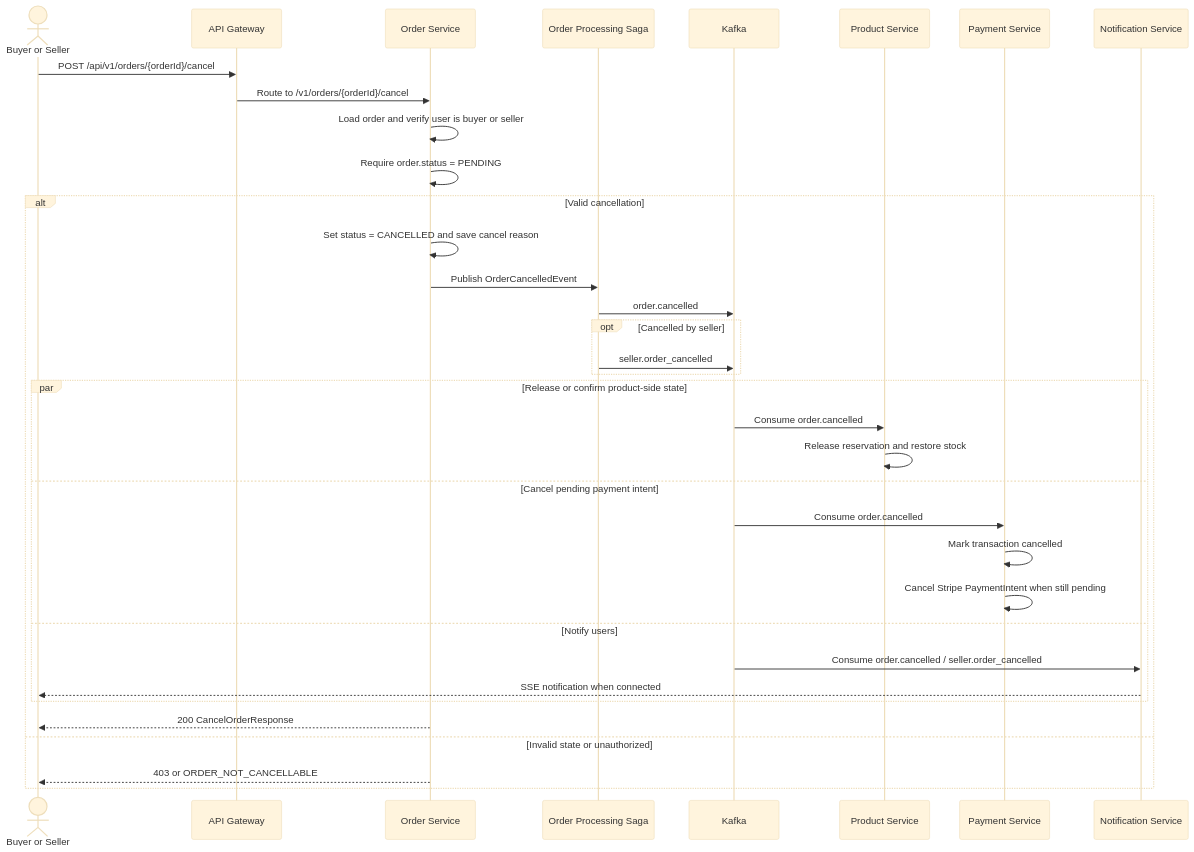
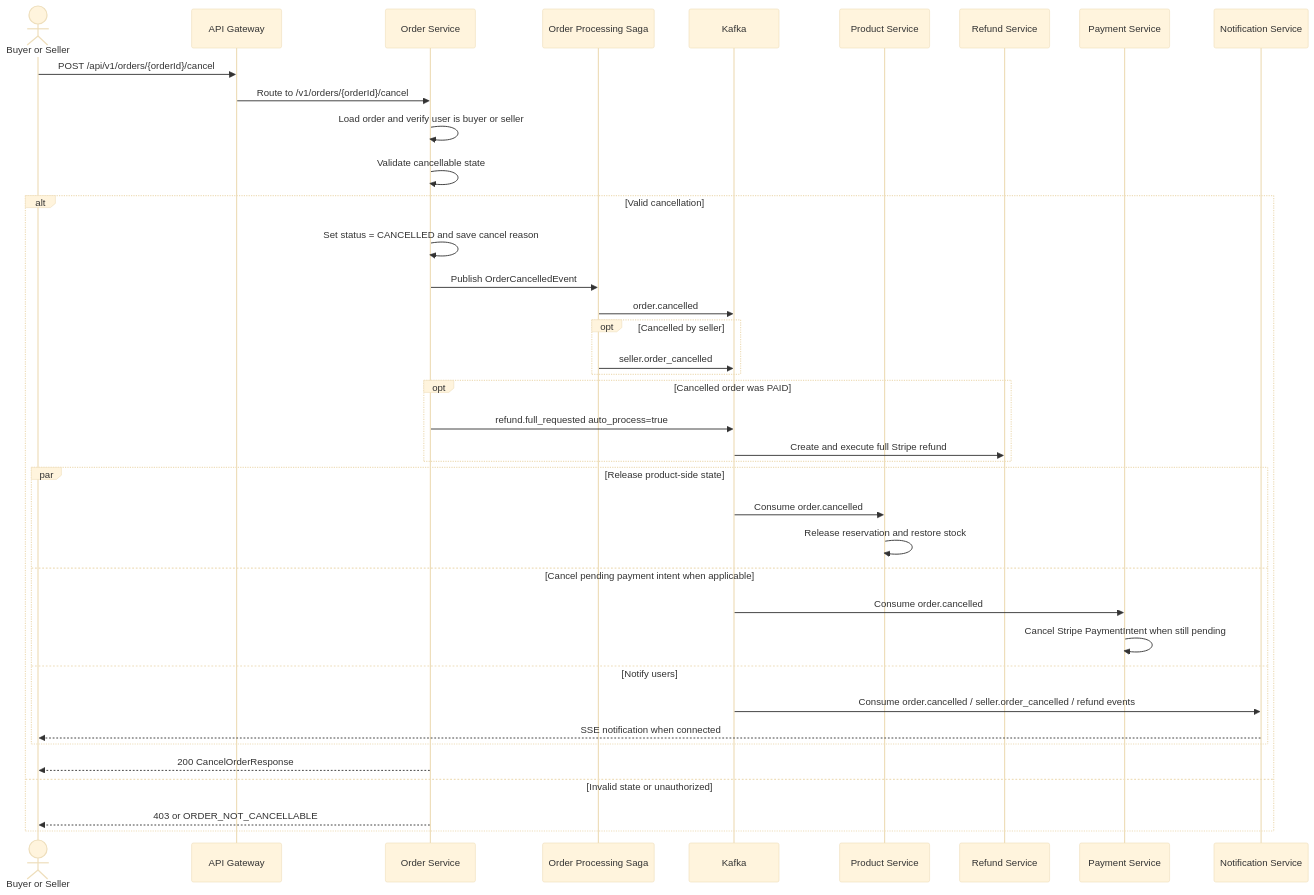
One commit to ldqanh1408/stealing-from-paradise changed the diagram in documents/flows/cross-service/flow-order-cancellation.md. Above: the diagram before and after it, drawn with Mermaid (base theme). The commit also changed other lines of this file and 324 other files, not shown here.

Commit message:
Update document metadata dates for use cases across order, payment, product, refund, and search services to 2026-06-09.

````diff
--- a/documents/flows/cross-service/flow-order-cancellation.md
+++ b/documents/flows/cross-service/flow-order-cancellation.md
@@ -13,38 +13,42 @@
 ```mermaid
 sequenceDiagram
     actor User as Buyer or Seller
     participant GW as API Gateway
     participant OS as Order Service
     participant Saga as Order Processing Saga
     participant Kafka as Kafka
     participant Product as Product Service
+    participant Refund as Refund Service
     participant Payment as Payment Service
     participant Notif as Notification Service
 
     User->>GW: POST /api/v1/orders/{orderId}/cancel
     GW->>OS: Route to /v1/orders/{orderId}/cancel
     OS->>OS: Load order and verify user is buyer or seller
-    OS->>OS: Require order.status = PENDING
+    OS->>OS: Validate cancellable state
     alt Valid cancellation
         OS->>OS: Set status = CANCELLED and save cancel reason
         OS->>Saga: Publish OrderCancelledEvent
         Saga->>Kafka: order.cancelled
         opt Cancelled by seller
             Saga->>Kafka: seller.order_cancelled
         end
-        par Release or confirm product-side state
+        opt Cancelled order was PAID
+            OS->>Kafka: refund.full_requested auto_process=true
+            Kafka->>Refund: Create and execute full Stripe refund
+        end
+        par Release product-side state
             Kafka->>Product: Consume order.cancelled
             Product->>Product: Release reservation and restore stock
-        and Cancel pending payment intent
+        and Cancel pending payment intent when applicable
             Kafka->>Payment: Consume order.cancelled
-            Payment->>Payment: Mark transaction cancelled
             Payment->>Payment: Cancel Stripe PaymentIntent when still pending
         and Notify users
-            Kafka->>Notif: Consume order.cancelled / seller.order_cancelled
+            Kafka->>Notif: Consume order.cancelled / seller.order_cancelled / refund events
             Notif-->>User: SSE notification when connected
         end
         OS-->>User: 200 CancelOrderResponse
     else Invalid state or unauthorized
         OS-->>User: 403 or ORDER_NOT_CANCELLABLE
     end
 ```
````
